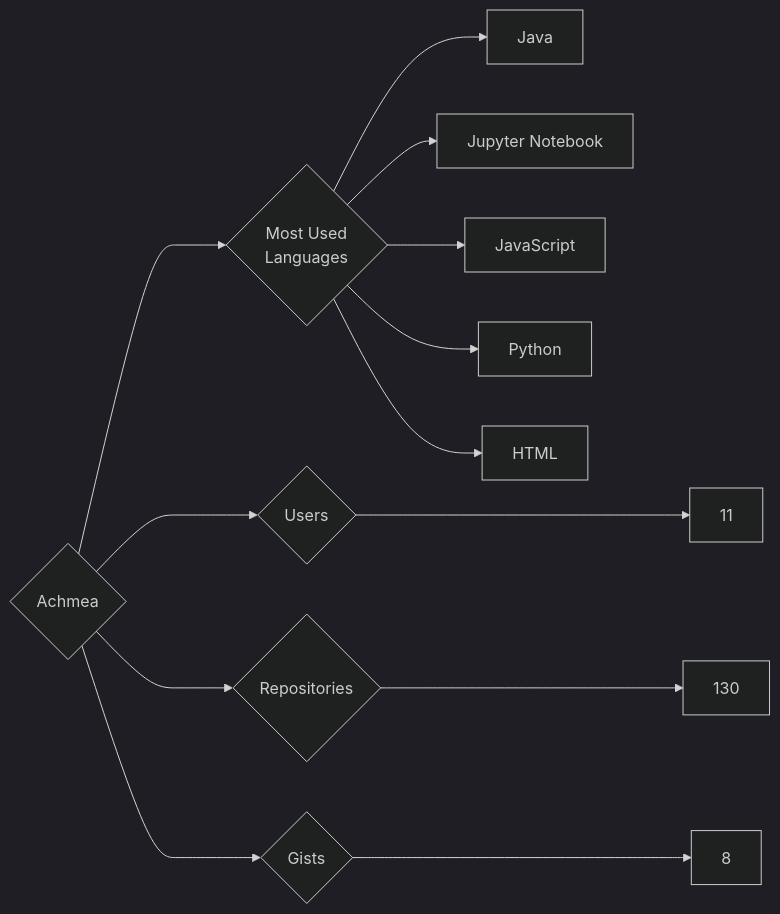
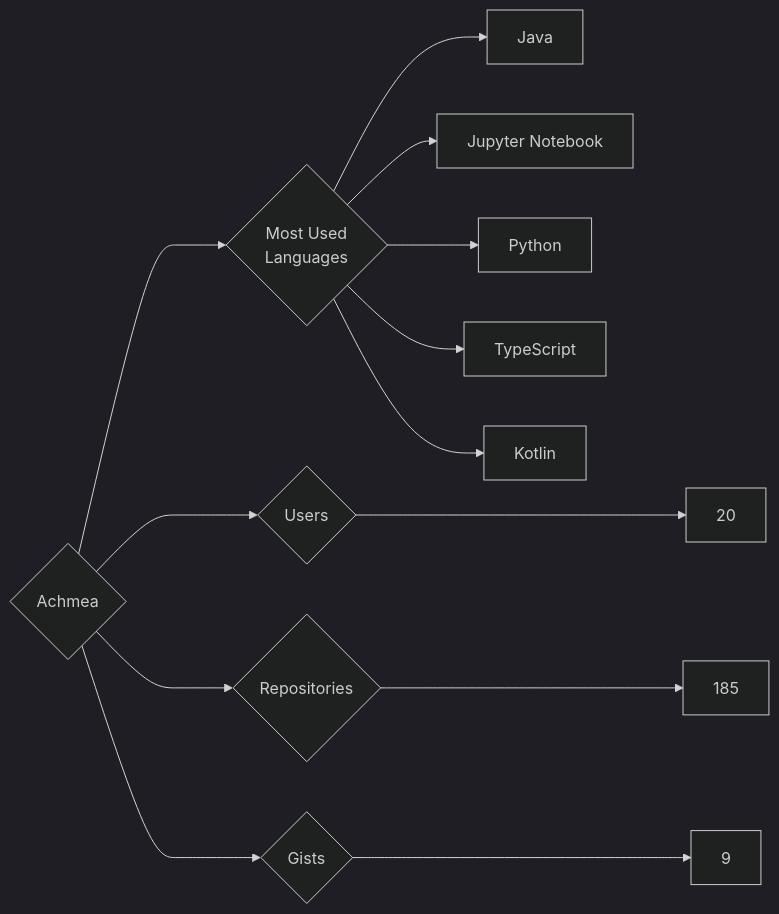
Before and after one commit to trickest/insiders: the diagram in targets/Achmea/README.md, drawn with Mermaid (dark theme). The commit also changed 891 other files, not shown here.

````diff
--- a/targets/Achmea/README.md
+++ b/targets/Achmea/README.md
@@ -3,13 +3,13 @@
 ```mermaid
 graph LR
 COMPANY_NAME{Achmea}
-COMPANY_NAME ---> U{Users} ---> UN[11]
-COMPANY_NAME ---> R{Repositories} ---> RN[130]
-COMPANY_NAME ---> G{Gists} ---> GN[8]
+COMPANY_NAME ---> U{Users} ---> UN[20]
+COMPANY_NAME ---> R{Repositories} ---> RN[185]
+COMPANY_NAME ---> G{Gists} ---> GN[9]
 COMPANY_NAME ---> ML{Most Used<br>Languages}
 ML --> Java[Java]
 ML --> Jupyter_Notebook[Jupyter Notebook]
-ML --> JavaScript[JavaScript]
 ML --> Python[Python]
-ML --> HTML[HTML]
+ML --> TypeScript[TypeScript]
+ML --> Kotlin[Kotlin]
 ```
````
